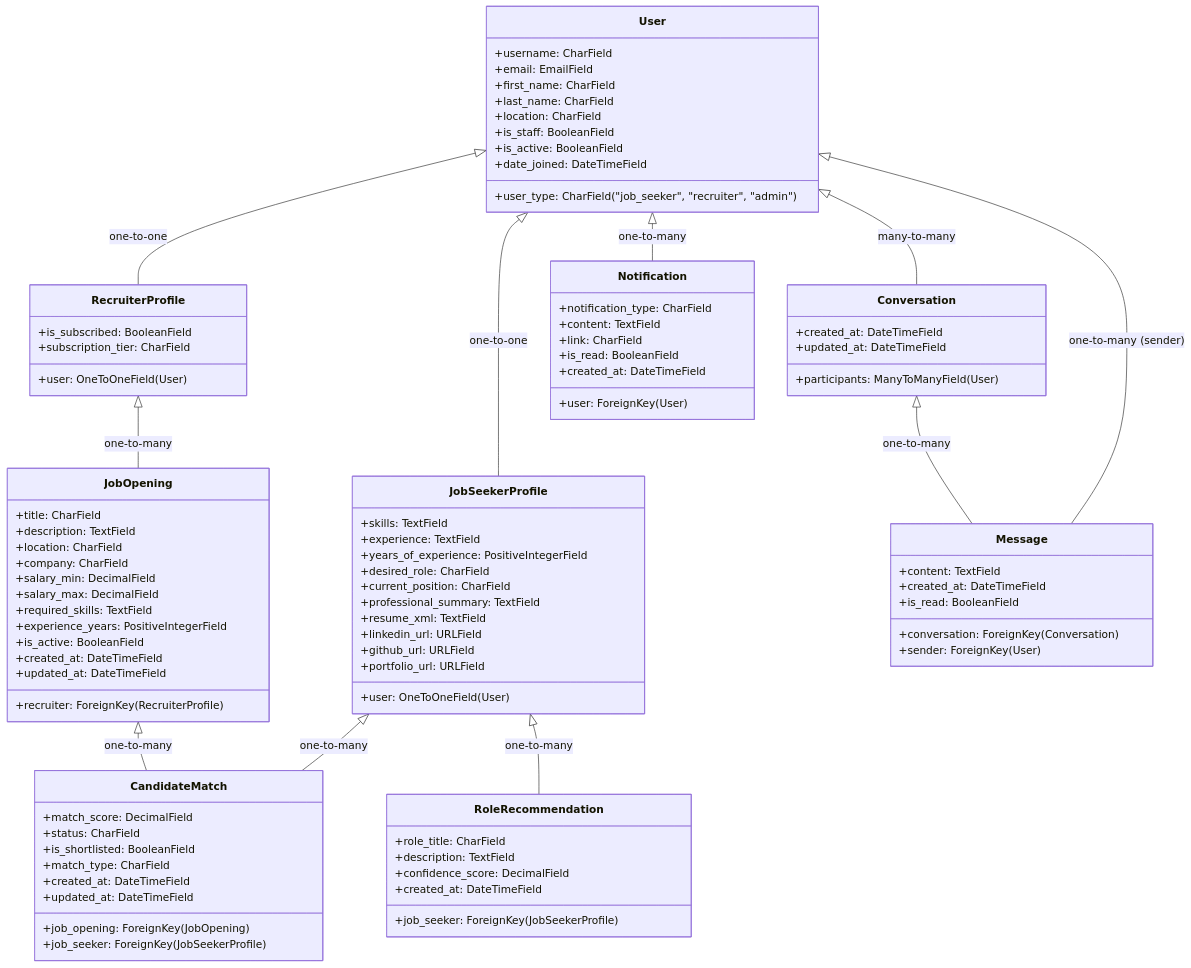
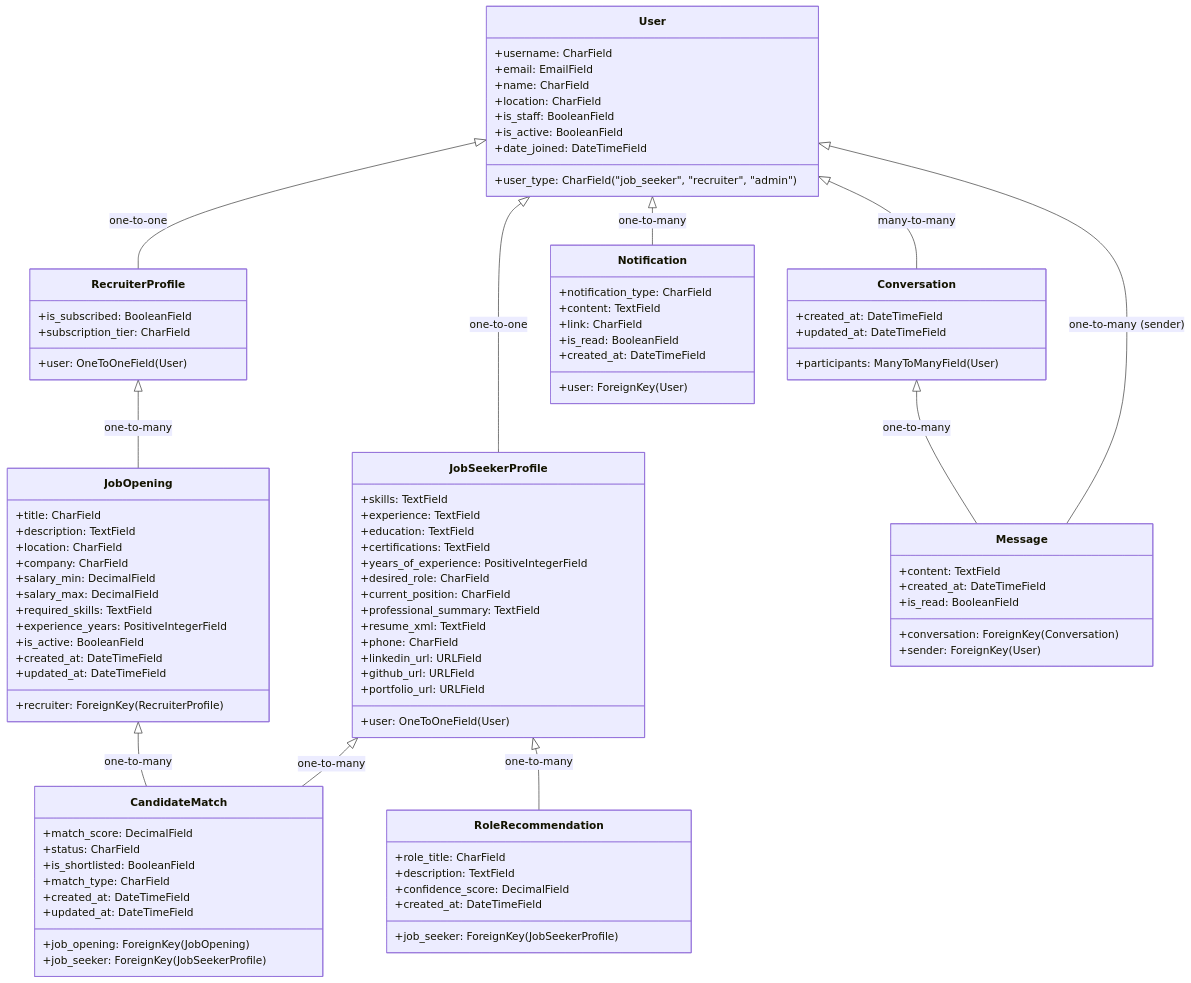
The diagram in docs/MODELS.md (btfranklin/hiredar-saas-archive), drawn with Mermaid before and after one commit. The commit also changed other lines of this file and 16 other files, not shown here.

```diff
--- a/docs/MODELS.md
+++ b/docs/MODELS.md
@@ -20,8 +20,7 @@
     class User {
         +username: CharField
         +email: EmailField
-        +first_name: CharField
-        +last_name: CharField
+        +name: CharField
         +user_type: CharField("job_seeker", "recruiter", "admin")
         +location: CharField
         +is_staff: BooleanField
@@ -33,11 +32,14 @@
         +user: OneToOneField(User)
         +skills: TextField
         +experience: TextField
+        +education: TextField
+        +certifications: TextField
         +years_of_experience: PositiveIntegerField
         +desired_role: CharField
         +current_position: CharField
         +professional_summary: TextField
         +resume_xml: TextField
+        +phone: CharField
         +linkedin_url: URLField
         +github_url: URLField
         +portfolio_url: URLField
```
